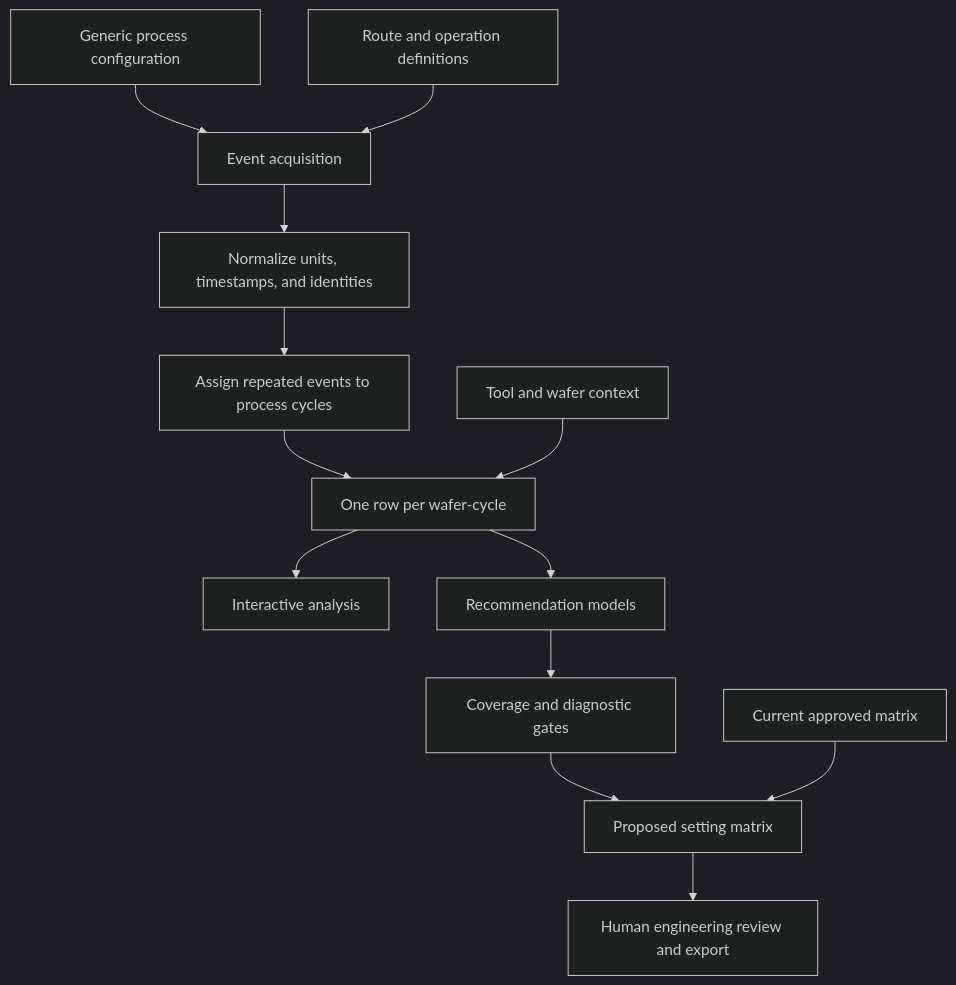
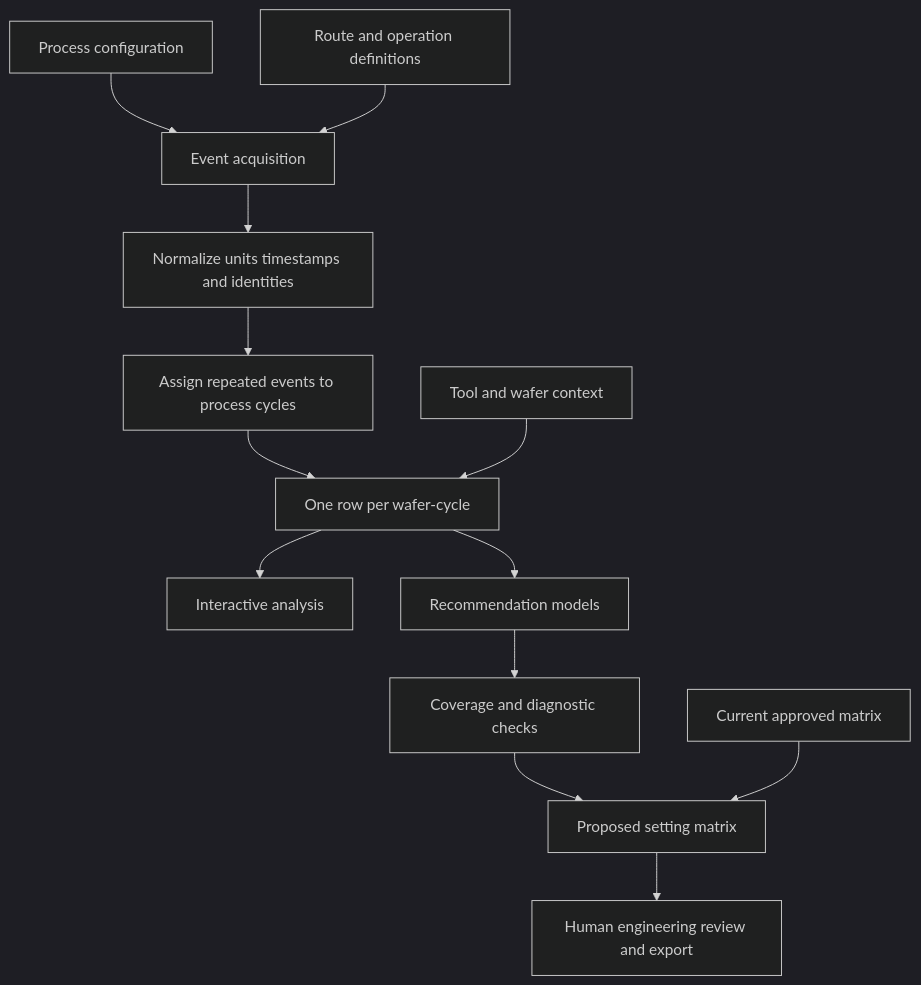
The second of 2 diagrams in case-studies/GRATING_PROCESS_ANALYTICS.md (4sy8zwp9hz-netizen/manufacturing-software-portfolio), drawn with Mermaid (dark theme) before and after one commit. The commit also changed other lines of this file and 6 other files, not shown here.

````diff
--- a/case-studies/GRATING_PROCESS_ANALYTICS.md
+++ b/case-studies/GRATING_PROCESS_ANALYTICS.md
@@ -79,15 +33,15 @@
 ```mermaid
 flowchart TB
-    C[Generic process configuration] --> E[Event acquisition]
+    C[Process configuration] --> E[Event acquisition]
     R[Route and operation definitions] --> E
-    E --> N[Normalize units, timestamps, and identities]
+    E --> N[Normalize units timestamps and identities]
     N --> Y[Assign repeated events to process cycles]
     Y --> W[One row per wafer-cycle]
     T[Tool and wafer context] --> W
     W --> A[Interactive analysis]
     W --> M[Recommendation models]
-    M --> G[Coverage and diagnostic gates]
+    M --> G[Coverage and diagnostic checks]
     G --> P[Proposed setting matrix]
     B[Current approved matrix] --> P
     P --> H[Human engineering review and export]
 ```
````
